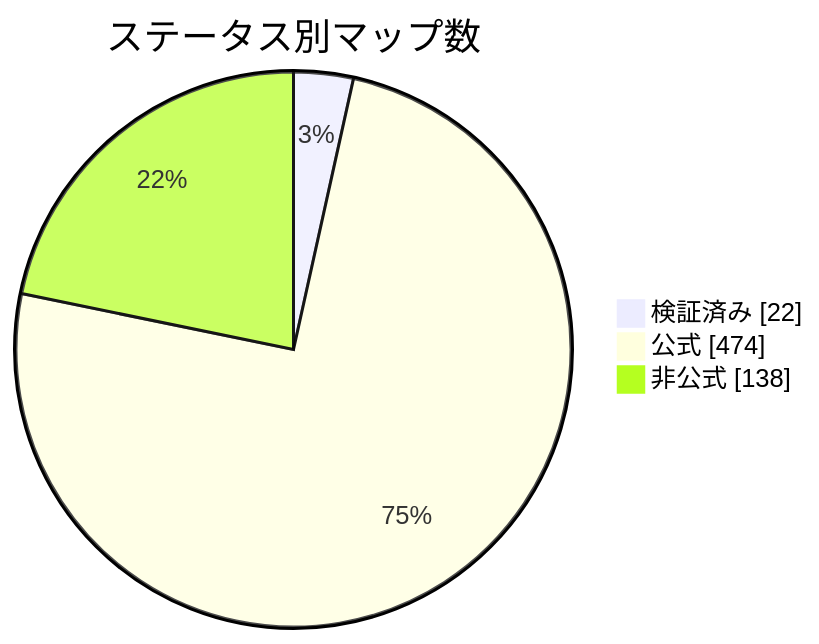
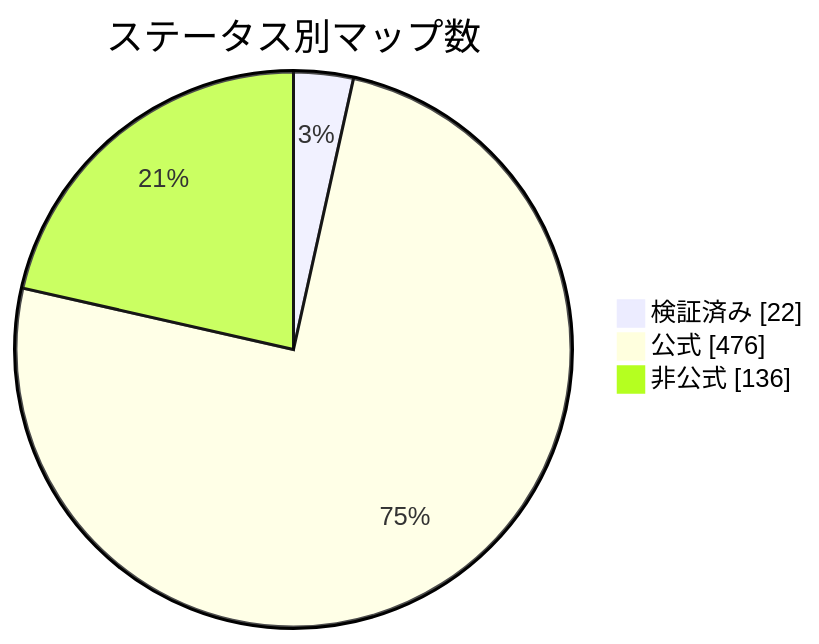
Before and after one commit to nobrega8/mbmap-library: the diagram in docs/readme/README_JP.md, drawn with Mermaid. The commit also changed 7 other files, not shown here.

````diff
--- a/docs/readme/README_JP.md
+++ b/docs/readme/README_JP.md
@@ -54,7 +54,7 @@
 ```mermaid
 pie showData
     title ステータス別マップ数
     "検証済み" : 22
-    "公式" : 474
-    "非公式" : 138
+    "公式" : 476
+    "非公式" : 136
 ```
````
